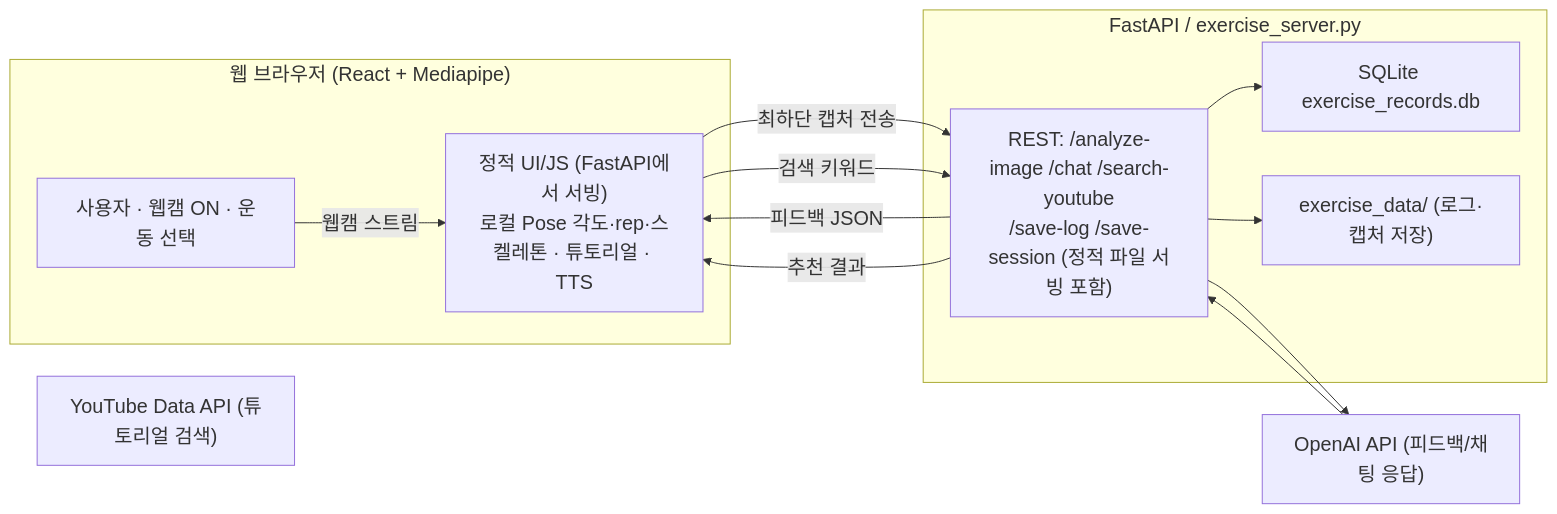
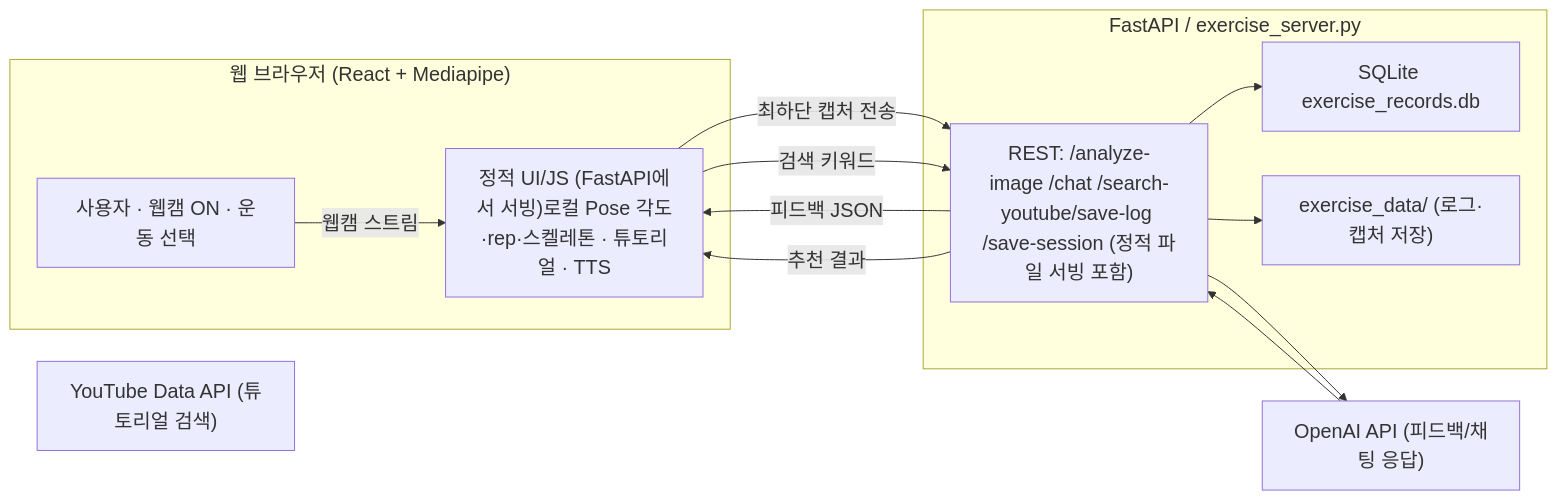
The diagram in README.md (HDCLABS-NOVA/ai01-2nd-KSLNOVA-EXERCISE_COACH), drawn with Mermaid before and after one commit.

````diff
--- a/README.md
+++ b/README.md
@@ -232,27 +232,27 @@
 ```mermaid
 %%{init: {'themeVariables': { 'fontSize': '20px' }, 'flowchart': { 'nodeSpacing': 45, 'rankSpacing': 55 }}}%%
 flowchart LR
 
     subgraph CLIENT["웹 브라우저 (React + Mediapipe)"]
         U["사용자 · 웹캠 ON · 운동 선택"]
-        UI["정적 UI/JS (FastAPI에서 서빙)\n로컬 Pose 각도·rep·스켈레톤 · 튜토리얼 · TTS"]
+        UI["정적 UI/JS (FastAPI에서 서빙)로컬 Pose 각도·rep·스켈레톤 · 튜토리얼 · TTS"]
     end
 
     subgraph SERVER["FastAPI / exercise_server.py"]
-        REST["REST: /analyze-image /chat /search-youtube\n/save-log /save-session (정적 파일 서빙 포함)"]
+        REST["REST: /analyze-image /chat /search-youtube/save-log /save-session (정적 파일 서빙 포함)"]
         DB["SQLite exercise_records.db"]
         LOGS["exercise_data/ (로그·캡처 저장)"]
     end
 
     YT["YouTube Data API (튜토리얼 검색)"]
     OA["OpenAI API (피드백/채팅 응답)"]
 
     U -->|"웹캠 스트림"| UI
     UI -->|"최하단 캡처 전송"| REST
     REST --> OA --> REST
     REST -->|"피드백 JSON"| UI
     UI -->|"검색 키워드"| REST
     REST -->|"추천 결과"| UI
     REST --> DB
     REST --> LOGS
 ```
````
